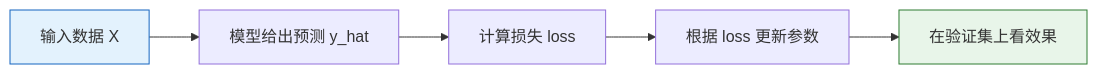
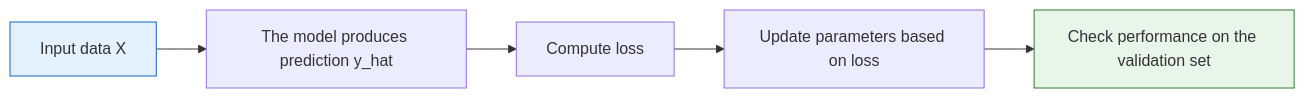
One commit to oudbiao/AI-fullstack-course changed the diagram in docs/ch06-deep-learning/ch01-nn-basics/00-ml-to-dl-bridge.md. Above: the diagram before and after it, drawn with Mermaid. The commit also changed other lines of this file and 1406 other files, not shown here.

````diff
--- a/docs/ch06-deep-learning/ch01-nn-basics/00-ml-to-dl-bridge.md
+++ b/docs/ch06-deep-learning/ch01-nn-basics/00-ml-to-dl-bridge.md
@@ -113,10 +113,10 @@
 ```mermaid
 flowchart LR
-    A["输入数据 X"] --> B["模型给出预测 y_hat"]
-    B --> C["计算损失 loss"]
-    C --> D["根据 loss 更新参数"]
-    D --> E["在验证集上看效果"]
+    A["Input data X"] --> B["The model produces prediction y_hat"]
+    B --> C["Compute loss"]
+    C --> D["Update parameters based on loss"]
+    D --> E["Check performance on the validation set"]
 
     style A fill:#e3f2fd,stroke:#1565c0,color:#333
     style E fill:#e8f5e9,stroke:#2e7d32,color:#333
 ```
````
